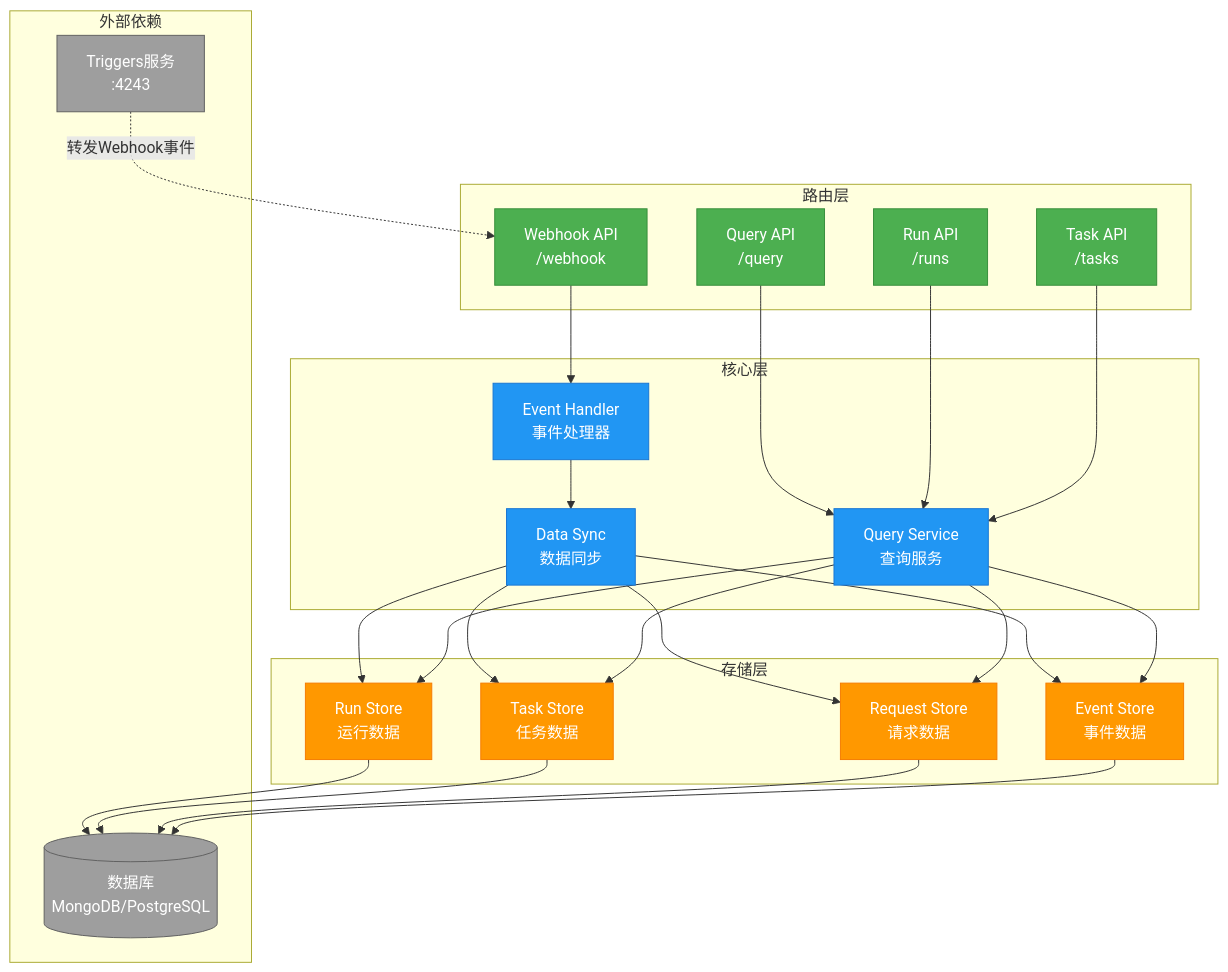
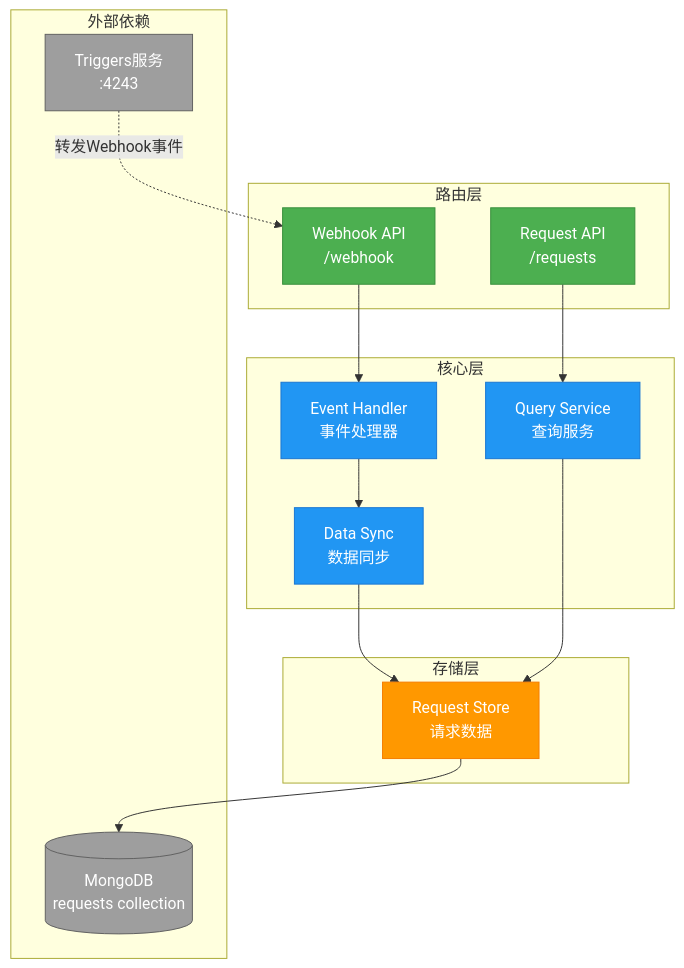
Before and after one commit to lchrennew/es-workflow: the first of 2 diagrams in docs/arch/data-architecture.md, drawn with Mermaid. The commit also changed other lines of this file and 34 other files, not shown here.

````diff
--- a/docs/arch/data-architecture.md
+++ b/docs/arch/data-architecture.md
@@ -9,60 +51,44 @@
 ```mermaid
 graph TB
     subgraph Routes[路由层]
-        QueryAPI[Query API<br/>/query]
-        RunAPI[Run API<br/>/runs]
-        TaskAPI[Task API<br/>/tasks]
         WebhookAPI[Webhook API<br/>/webhook]
+        RequestAPI[Request API<br/>/requests]
     end
     
     subgraph Core[核心层]
         EventHandler[Event Handler<br/>事件处理器]
         QueryService[Query Service<br/>查询服务]
         DataSync[Data Sync<br/>数据同步]
     end
     
     subgraph Storage[存储层]
-        RunStore[Run Store<br/>运行数据]
-        TaskStore[Task Store<br/>任务数据]
         RequestStore[Request Store<br/>请求数据]
-        EventStore[Event Store<br/>事件数据]
     end
     
     subgraph External[外部依赖]
         Triggers[Triggers服务<br/>:4243]
-        Database[(数据库<br/>MongoDB/PostgreSQL)]
+        Database[(MongoDB<br/>requests collection)]
     end
     
     WebhookAPI --> EventHandler
-    QueryAPI --> QueryService
-    RunAPI --> QueryService
-    TaskAPI --> QueryService
+    RequestAPI --> QueryService
     
     EventHandler --> DataSync
-    DataSync --> RunStore
-    DataSync --> TaskStore
     DataSync --> RequestStore
-    DataSync --> EventStore
     
-    QueryService --> RunStore
-    QueryService --> TaskStore
     QueryService --> RequestStore
-    QueryService --> EventStore
     
-    RunStore --> Database
-    TaskStore --> Database
     RequestStore --> Database
-    EventStore --> Database
     
     Triggers -.->|转发Webhook事件| WebhookAPI
     
     classDef routeStyle fill:#4CAF50,stroke:#388E3C,color:#fff
     classDef coreStyle fill:#2196F3,stroke:#1976D2,color:#fff
     classDef storageStyle fill:#FF9800,stroke:#F57C00,color:#fff
     classDef externalStyle fill:#9E9E9E,stroke:#616161,color:#fff
     
-    class QueryAPI,RunAPI,TaskAPI,WebhookAPI routeStyle
+    class WebhookAPI,RequestAPI routeStyle
     class EventHandler,QueryService,DataSync coreStyle
-    class RunStore,TaskStore,RequestStore,EventStore storageStyle
+    class RequestStore storageStyle
     class Triggers,Database externalStyle
 ```
````
